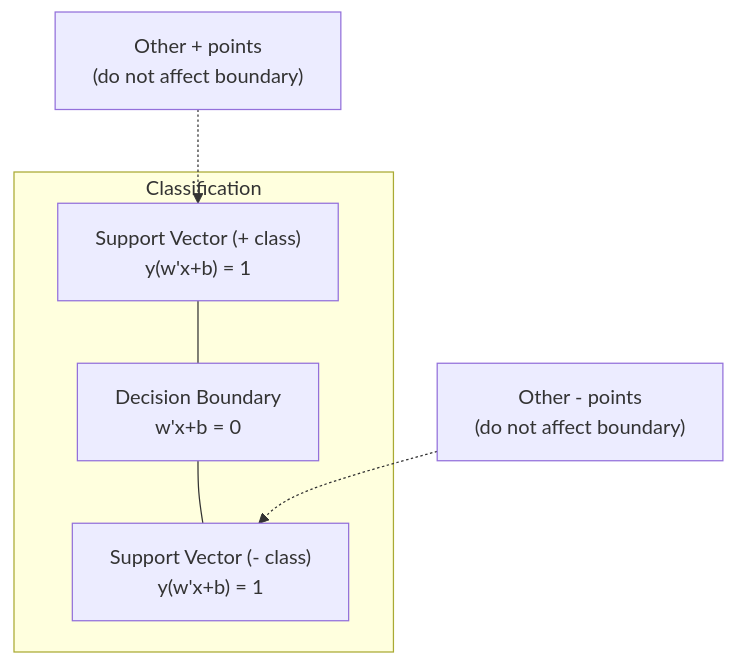
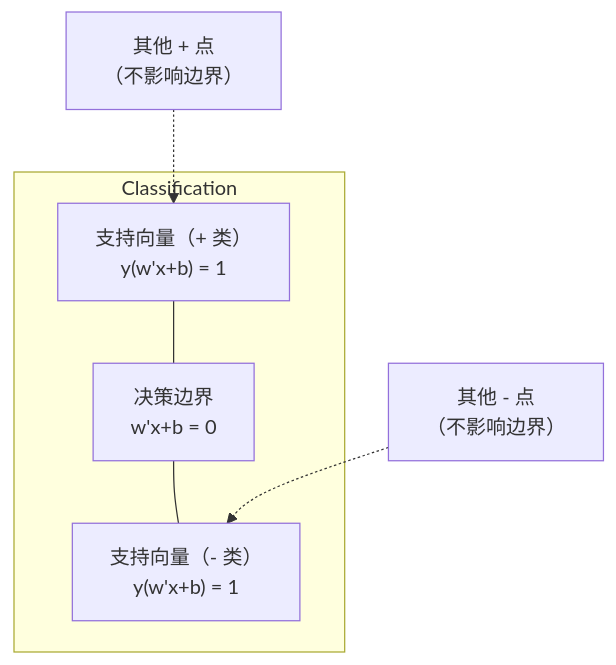
One commit to JerryC8080/ai-engineering-from-scratch-zh changed the second of 3 diagrams in phases/02-ml-fundamentals/05-support-vector-machines/docs/zh.md. Above: the diagram before and after it, drawn with Mermaid. The commit also changed other lines of this file and 156 other files, not shown here.

First line of the commit message:
i18n(zh): translate mermaid diagram labels in 157 lesson zh.md

````diff
--- a/phases/02-ml-fundamentals/05-support-vector-machines/docs/zh.md
+++ b/phases/02-ml-fundamentals/05-support-vector-machines/docs/zh.md
@@ -72,9 +72,9 @@
 ```mermaid
 graph TD
     subgraph Classification
-        SV1["Support Vector (+ class)<br>y(w'x+b) = 1"] --- DB["Decision Boundary<br>w'x+b = 0"]
-        DB --- SV2["Support Vector (- class)<br>y(w'x+b) = 1"]
+        SV1["支持向量（+ 类）<br>y(w'x+b) = 1"] --- DB["决策边界<br>w'x+b = 0"]
+        DB --- SV2["支持向量（- 类）<br>y(w'x+b) = 1"]
     end
-    O1["Other + points<br>(do not affect boundary)"] -.-> SV1
-    O2["Other - points<br>(do not affect boundary)"] -.-> SV2
+    O1["其他 + 点<br>（不影响边界）"] -.-> SV1
+    O2["其他 - 点<br>（不影响边界）"] -.-> SV2
 ```
````
